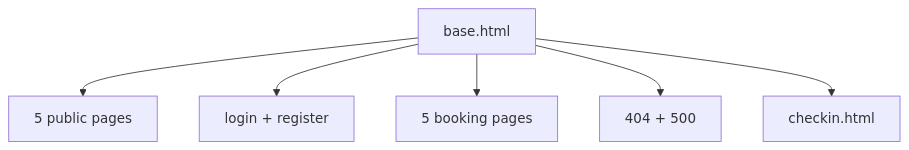
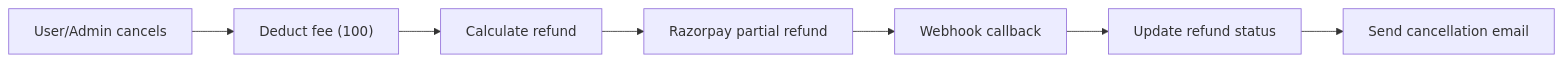
Before and after one commit to amal-sajeev/techtrek: diagram 15 of 18 in TechTrek_Documentation.qmd, drawn with Mermaid. The commit also changed other lines of this file and 39 other files, not shown here.

````diff
--- a/TechTrek_Documentation.qmd
+++ b/TechTrek_Documentation.qmd
@@ -177,9 +972,11 @@
 ```{mermaid}
-graph TB
-    Base[base.html]
-    Base --> Public[5 public pages]
-    Base --> Auth[login + register]
-    Base --> Booking[5 booking pages]
-    Base --> Errors[404 + 500]
-    Base --> Supervisor[checkin.html]
+%%| fig-width: 6.3
+%%| fig-height: 2.5
+flowchart LR
+    Cancel[User/Admin cancels] --> Fee["Deduct fee (100)"]
+    Fee --> Refund[Calculate refund]
+    Refund --> RZ[Razorpay partial refund]
+    RZ --> WH[Webhook callback]
+    WH --> Update[Update refund status]
+    Update --> Email[Send cancellation email]
 ```
````
